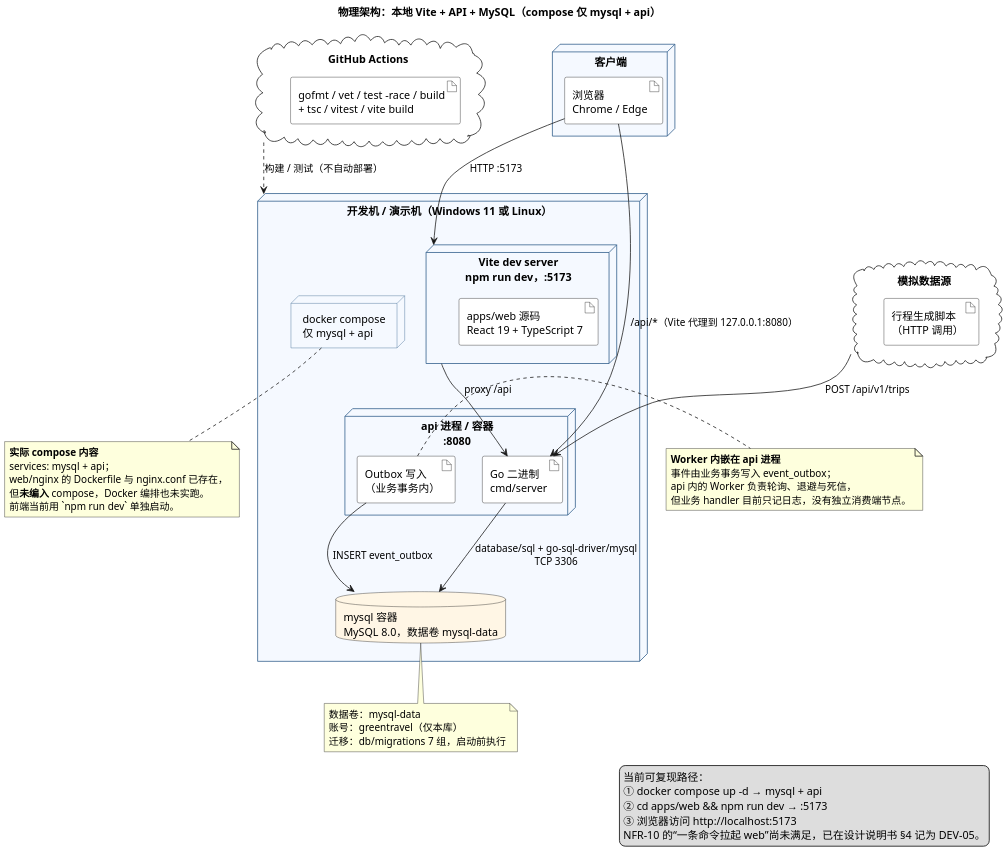
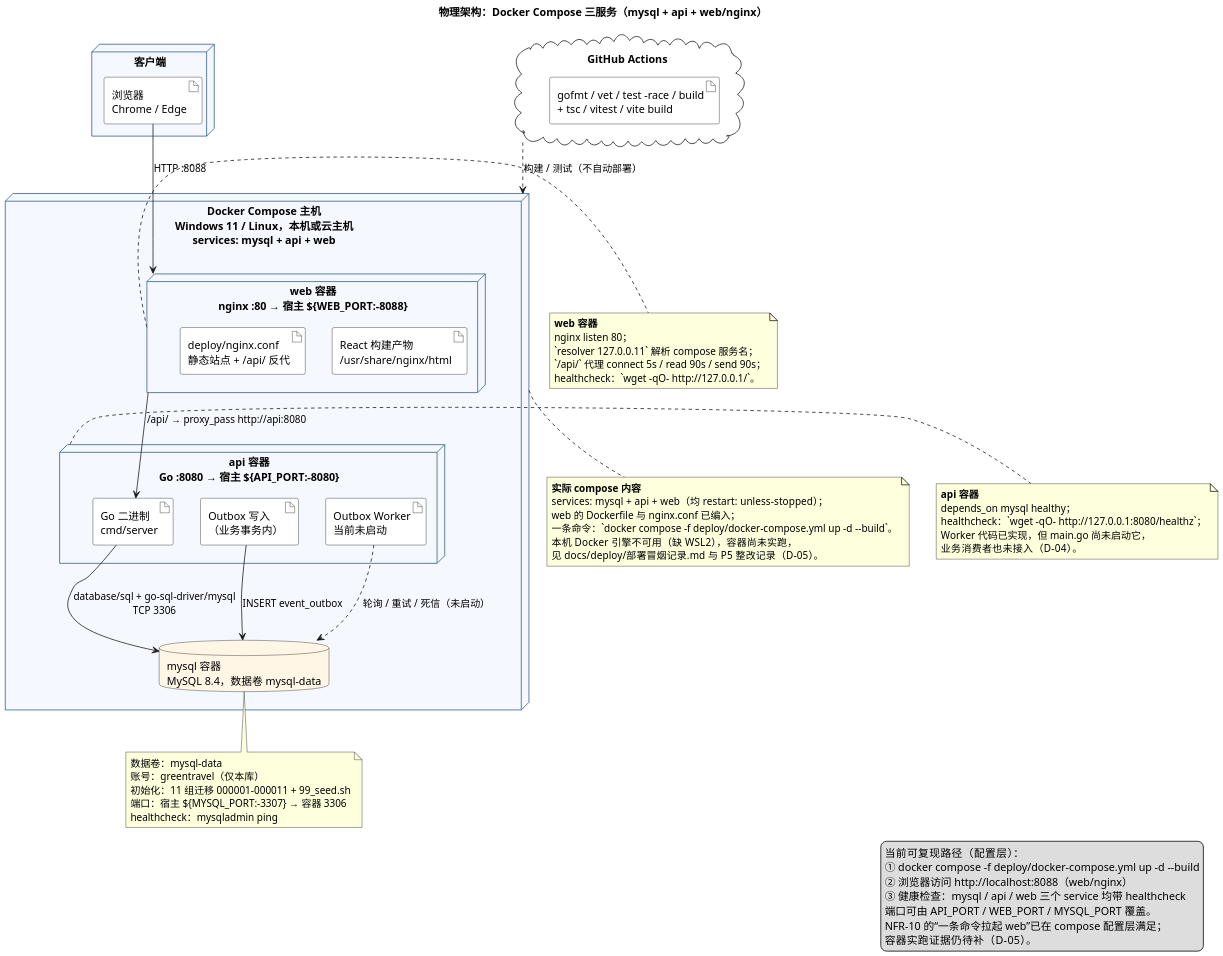
The diagram in docs/uml/06-部署图.puml (chiyan11/green-travel-points), drawn with PlantUML before and after one commit. The commit also changed 11 other files, not shown here.

```diff
--- a/docs/uml/06-部署图.puml
+++ b/docs/uml/06-部署图.puml
@@ -1,83 +1,93 @@
 @startuml 图2-2 系统物理架构 部署图
-' 依据：docs/设计规格说明书.md §2.1.3；deploy/docker-compose.yml（2026-11-24 实际内容）
-' 事实：compose 只有 mysql + api；web 用 Vite dev server 单独启动；nginx 未编入；Worker 在 api 进程内运行
+' 依据：docs/设计规格说明书.md §2.1.3；deploy/docker-compose.yml（2026-11-28 实际内容）
+' 事实：compose 已编入 mysql + api + web 三个 service；web 容器内 nginx 反代 api；Worker 在 api 进程内但当前未启动
+' 边界：本机 Docker 引擎不可用，容器未实跑；本图按仓库配置绘制，运行证据见 docs/deploy/
 
 skinparam defaultFontName "Microsoft YaHei"
 skinparam dpi 150
 skinparam shadowing false
 skinparam node {
   BackgroundColor #F5F9FF
   BorderColor #2E5C8A
 }
 skinparam databaseBackgroundColor #FFF6E5
 skinparam artifactBackgroundColor #FFFFFF
 
-title 物理架构：本地 Vite + API + MySQL（compose 仅 mysql + api）
+title 物理架构：Docker Compose 三服务（mysql + api + web/nginx）
 
 node "客户端" as client {
   artifact "浏览器\nChrome / Edge" as browser
 }
 
-node "开发机 / 演示机（Windows 11 或 Linux）" as host {
+node "Docker Compose 主机\nWindows 11 / Linux，本机或云主机\nservices: mysql + api + web" as host {
 
-  node "Vite dev server\nnpm run dev，:5173" as vite {
-    artifact "apps/web 源码\nReact 19 + TypeScript 7" as webapp
+  node "web 容器\nnginx :80 → 宿主 ${WEB_PORT:-8088}" as web {
+    artifact "React 构建产物\n/usr/share/nginx/html" as webapp
+    artifact "deploy/nginx.conf\n静态站点 + /api/ 反代" as nginxconf
   }
 
-  node "api 进程 / 容器\n:8080" as apinode {
+  node "api 容器\nGo :8080 → 宿主 ${API_PORT:-8080}" as apinode {
     artifact "Go 二进制\ncmd/server" as apisvc
     artifact "Outbox 写入\n（业务事务内）" as outboxwrite
+    artifact "Outbox Worker\n当前未启动" as worker
   }
 
-  database "mysql 容器\nMySQL 8.0，数据卷 mysql-data" as mysql
-
-  node "docker compose\n仅 mysql + api" as compose
+  database "mysql 容器\nMySQL 8.4，数据卷 mysql-data" as mysql
 }
 
 cloud "GitHub Actions" as ci {
   artifact "gofmt / vet / test -race / build\n+ tsc / vitest / vite build" as pipeline
 }
 
-cloud "模拟数据源" as sim {
-  artifact "行程生成脚本\n（HTTP 调用）" as gen
-}
-
 ' ---------- 通信 ----------
-browser --> vite : HTTP :5173
-browser --> apisvc : /api/*（Vite 代理到 127.0.0.1:8080）
-vite --> apisvc : proxy /api
+browser --> web : HTTP :8088
+web --> apisvc : /api/ → proxy_pass http://api:8080
 apisvc --> mysql : database/sql + go-sql-driver/mysql\nTCP 3306
 outboxwrite --> mysql : INSERT event_outbox
-sim --> apisvc : POST /api/v1/trips
+worker ..> mysql : 轮询 / 重试 / 死信（未启动）
 ci ..> host : 构建 / 测试（不自动部署）
 
-note right of outboxwrite
-  **Worker 内嵌在 api 进程**
-  事件由业务事务写入 event_outbox；
-  api 内的 Worker 负责轮询、退避与死信，
-  但业务 handler 目前只记日志，没有独立消费端节点。
+note right of web
+  **web 容器**
+  nginx listen 80；
+  `resolver 127.0.0.11` 解析 compose 服务名；
+  `/api/` 代理 connect 5s / read 90s / send 90s；
+  healthcheck：`wget -qO- http://127.0.0.1/`。
+end note
+
+note right of apinode
+  **api 容器**
+  depends_on mysql healthy；
+  healthcheck：`wget -qO- http://127.0.0.1:8080/healthz`；
+  Worker 代码已实现，但 main.go 尚未启动它，
+  业务消费者也未接入（D-04）。
 end note
 
 note bottom of mysql
   数据卷：mysql-data
   账号：greentravel（仅本库）
-  迁移：db/migrations 7 组，启动前执行
+  初始化：11 组迁移 000001–000011 + 99_seed.sh
+  端口：宿主 ${MYSQL_PORT:-3307} → 容器 3306
+  healthcheck：mysqladmin ping
 end note
 
-note bottom of compose
+note bottom of host
   **实际 compose 内容**
-  services: mysql + api；
-  web/nginx 的 Dockerfile 与 nginx.conf 已存在，
-  但**未编入** compose，Docker 编排也未实跑。
-  前端当前用 `npm run dev` 单独启动。
+  services: mysql + api + web（均 restart: unless-stopped）；
+  web 的 Dockerfile 与 nginx.conf 已编入；
+  一条命令：`docker compose -f deploy/docker-compose.yml up -d --build`。
+  本机 Docker 引擎不可用（缺 WSL2），容器尚未实跑，
+  见 docs/deploy/部署冒烟记录.md 与 P5 整改记录（D-05）。
 end note
 
 legend right
-  当前可复现路径：
-  ① docker compose up -d  → mysql + api
-  ② cd apps/web && npm run dev → :5173
-  ③ 浏览器访问 http://localhost:5173
-  NFR-10 的“一条命令拉起 web”尚未满足，已在设计说明书 §4 记为 DEV-05。
+  当前可复现路径（配置层）：
+  ① docker compose -f deploy/docker-compose.yml up -d --build
+  ② 浏览器访问 http://localhost:8088（web/nginx）
+  ③ 健康检查：mysql / api / web 三个 service 均带 healthcheck
+  端口可由 API_PORT / WEB_PORT / MYSQL_PORT 覆盖。
+  NFR-10 的“一条命令拉起 web”已在 compose 配置层满足；
+  容器实跑证据仍待补（D-05）。
 endlegend
 
 @enduml
```
